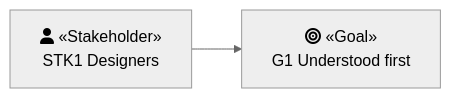
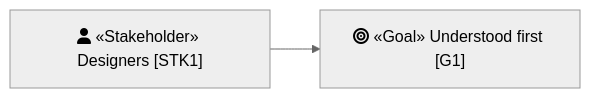
The third of 5 diagrams in product-archreator/architecture/reviews/2_diagram-notation-icons.md (roanboc/architecture-archreator), drawn with Mermaid (neutral theme) before and after one commit. The commit also changed other lines of this file and 38 other files, not shown here.

````diff
--- a/product-archreator/architecture/reviews/2_diagram-notation-icons.md
+++ b/product-archreator/architecture/reviews/2_diagram-notation-icons.md
@@ -78,6 +78,6 @@
 ```mermaid
 flowchart LR
-  a["fa:fa-user «Stakeholder»<br>STK1 Designers"]
-  b["fa:fa-bullseye «Goal»<br>G1 Understood first"]
+  a["fa:fa-user «Stakeholder» Designers [STK1]"]
+  b["fa:fa-bullseye «Goal» Understood first [G1]"]
   a --> b
 ```
````
